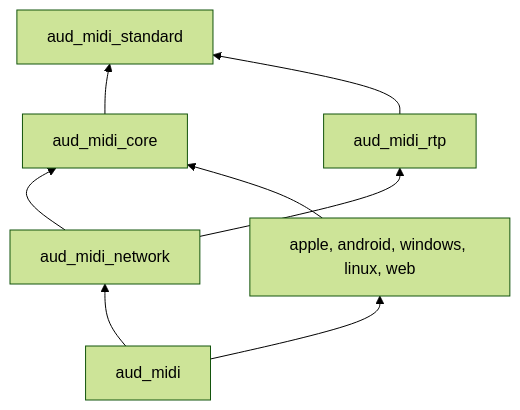
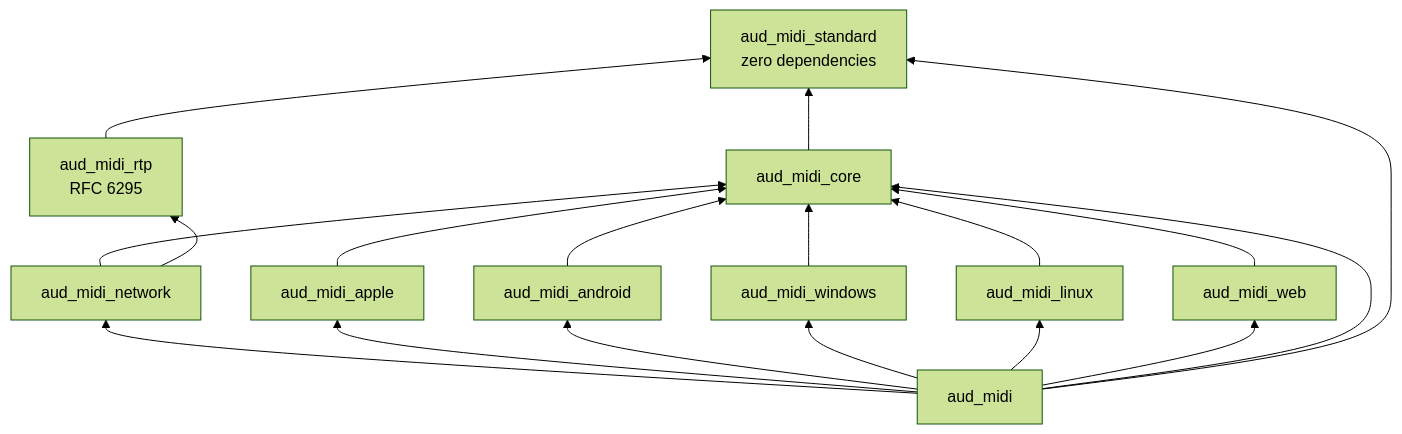
The diagram in doc/2026-Q4/architecture/img/package-graph.mmd (audanika/aud_midi_pm), drawn with Mermaid (forest theme) before and after one commit. The commit also changed 127 other files, not shown here.

Commit message:
Document the aud_midi implementation: decisions, architecture, references

```diff
--- a/doc/2026-Q4/architecture/img/package-graph.mmd
+++ b/doc/2026-Q4/architecture/img/package-graph.mmd
@@ -1,7 +1,12 @@
 flowchart BT
-  standard[aud_midi_standard]
+  standard[aud_midi_standard<br/>zero dependencies]
   core[aud_midi_core] --> standard
-  rtp[aud_midi_rtp] --> standard
+  rtp[aud_midi_rtp<br/>RFC 6295] --> standard
   network[aud_midi_network] --> core & rtp
-  backends[apple, android, windows, linux, web] --> core
-  umbrella[aud_midi] --> network & backends
+  apple[aud_midi_apple] --> core
+  android[aud_midi_android] --> core
+  windows[aud_midi_windows] --> core
+  linux[aud_midi_linux] --> core
+  web[aud_midi_web] --> core
+  umbrella[aud_midi] --> network & apple & android & windows & linux & web
+  umbrella --> core & standard
```
